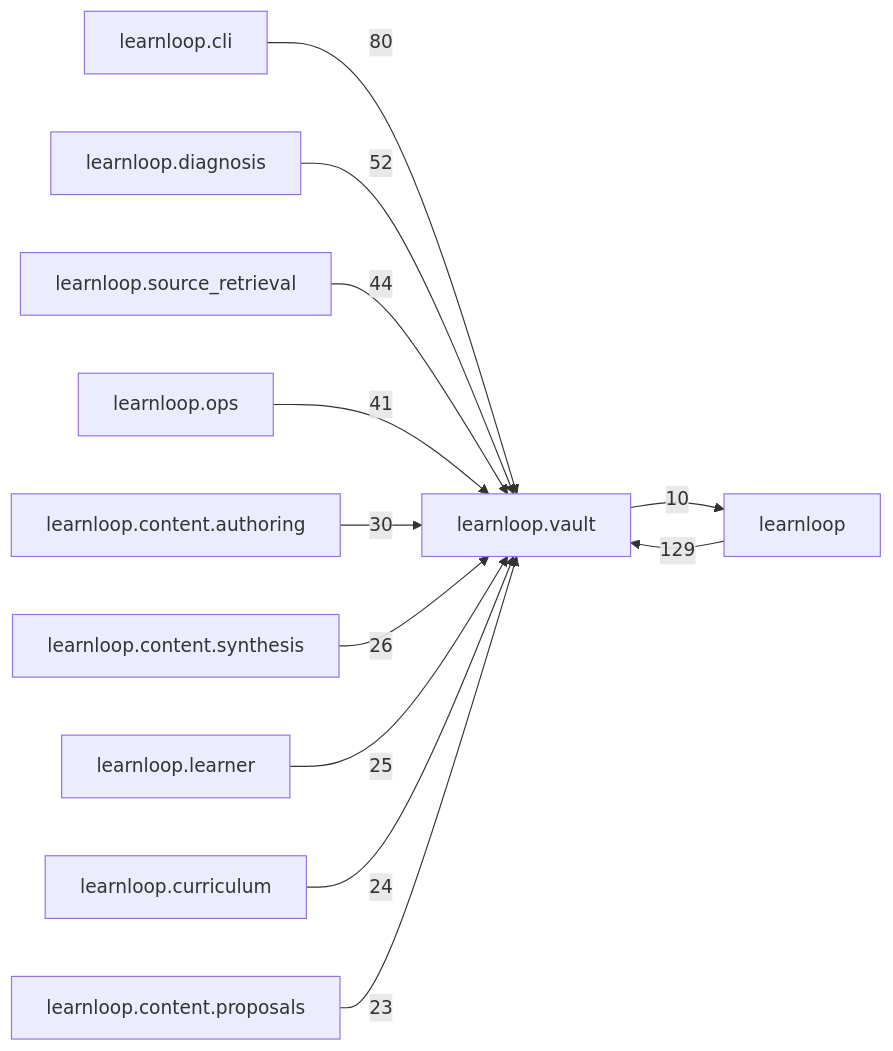
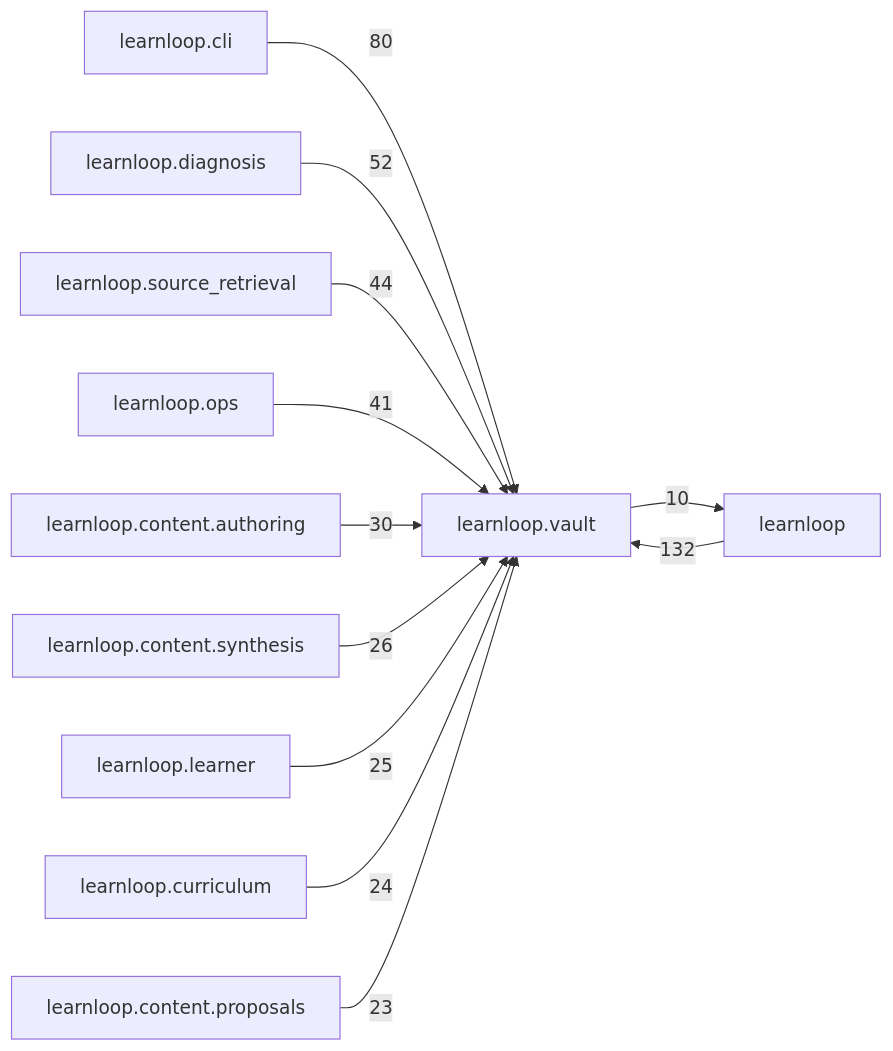
One commit to 6up-b/learnanything changed the diagram in docs/learnloop-architecture-vault/Reference/Modules/learnloop/vault/_package.md. Above: the diagram before and after it, drawn with Mermaid. The commit also changed other lines of this file and 533 other files, not shown here.

````diff
--- a/docs/learnloop-architecture-vault/Reference/Modules/learnloop/vault/_package.md
+++ b/docs/learnloop-architecture-vault/Reference/Modules/learnloop/vault/_package.md
@@ -139,25 +139,25 @@
 ```mermaid
 flowchart LR
     center["learnloop.vault"]
     n_learnloop["learnloop"]
     n_learnloop_cli["learnloop.cli"]
     n_learnloop_diagnosis["learnloop.diagnosis"]
     n_learnloop_source_retrieval["learnloop.source_retrieval"]
     n_learnloop_ops["learnloop.ops"]
     n_learnloop_content_authoring["learnloop.content.authoring"]
     n_learnloop_content_synthesis["learnloop.content.synthesis"]
     n_learnloop_learner["learnloop.learner"]
     n_learnloop_curriculum["learnloop.curriculum"]
     n_learnloop_content_proposals["learnloop.content.proposals"]
-    n_learnloop -->|129| center
+    n_learnloop -->|132| center
     center -->|10| n_learnloop
     n_learnloop_cli -->|80| center
     n_learnloop_diagnosis -->|52| center
     n_learnloop_source_retrieval -->|44| center
     n_learnloop_ops -->|41| center
     n_learnloop_content_authoring -->|30| center
     n_learnloop_content_synthesis -->|26| center
     n_learnloop_learner -->|25| center
     n_learnloop_curriculum -->|24| center
     n_learnloop_content_proposals -->|23| center
 ```
````
